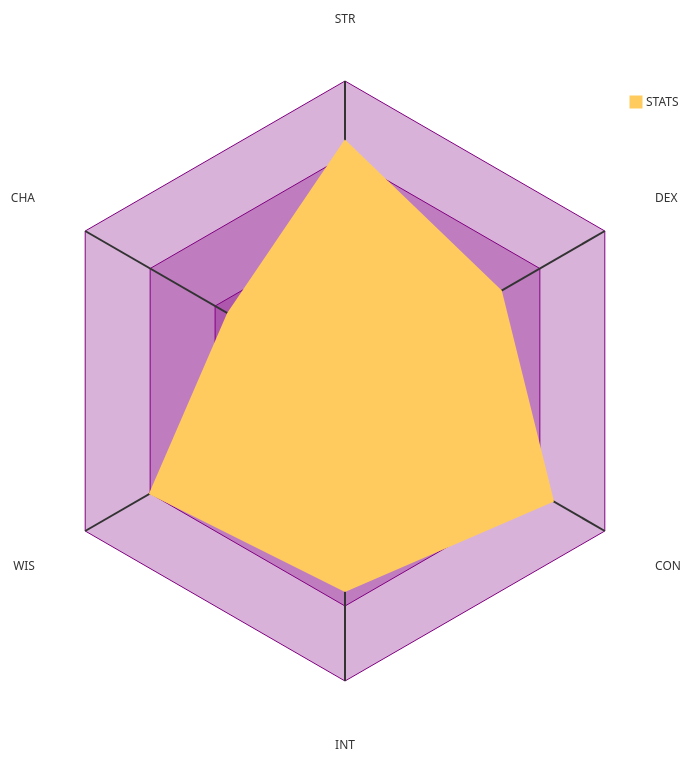
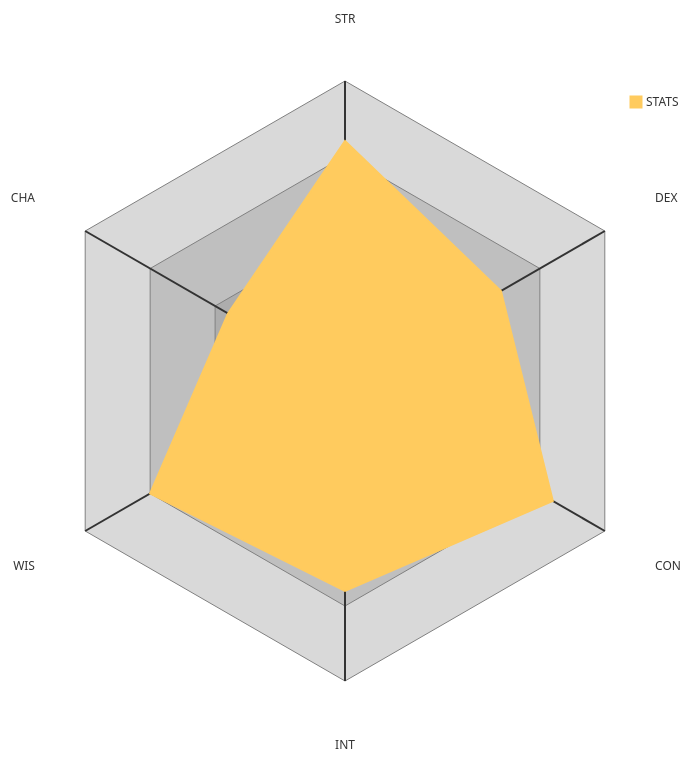
One commit to nicholaswagner/beta changed the diagram in vault/index.md. Above: the diagram before and after it, drawn with Mermaid. The commit also changed other lines of this file and 4 other files, not shown here.

Commit message:
adds print styles, centers radar graph on index

````diff
--- a/vault/index.md
+++ b/vault/index.md
@@ -6,24 +8,24 @@
 ```mermaid
 ---
 config:
   radar:
     curveTension: 0.5
     axisLabelFactor: 1.18
     marginTop: 80
     marginBottom: 80
     marginLeft: 80
     marginRight: 80
   theme: base
   themeVariables:
     radar:
       curveOpacity: 1
-      graticuleColor: purple
+      graticuleColor: grey
 ---
 radar-beta
   axis str["STR"], dex["DEX"], con["CON"], int["INT"], wis["WIS"], cha["CHA"]
   curve stats1["STATS"]{16, 12, 16, 14, 15, 9}
   max 20
   min 0
   graticule polygon
   ticks 4
 ```
````
